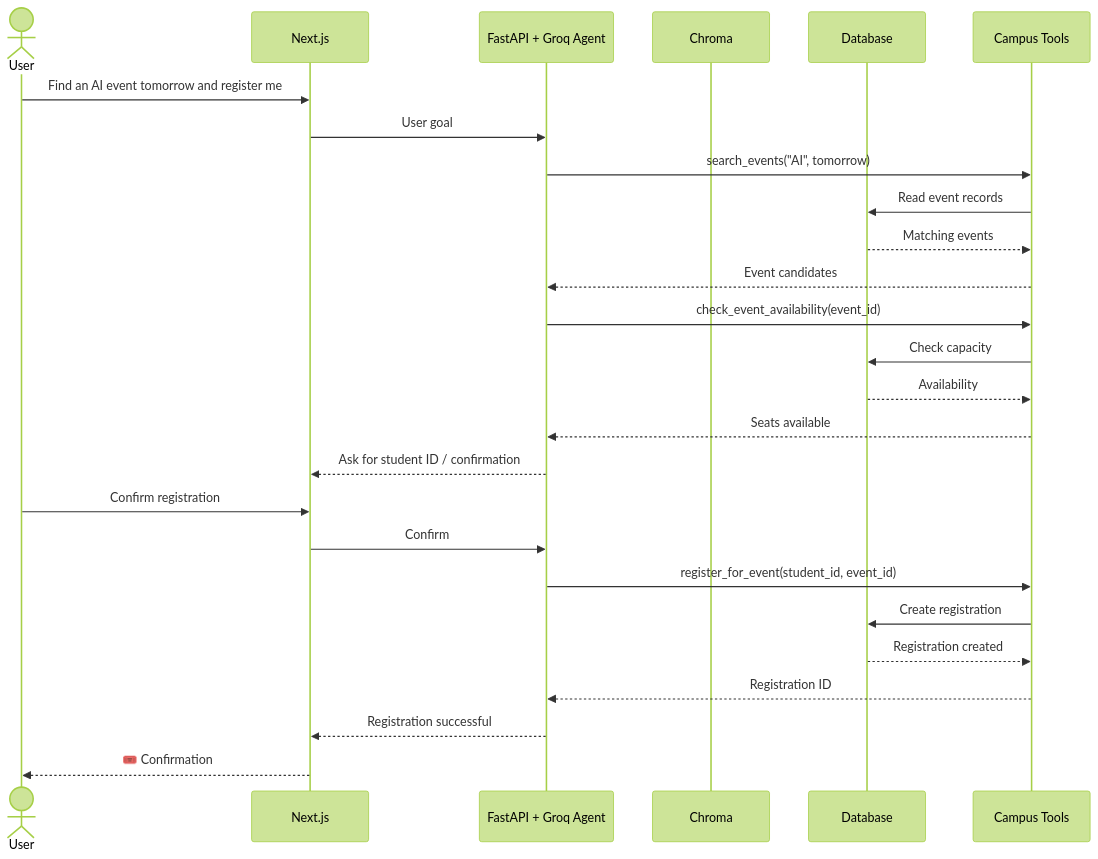
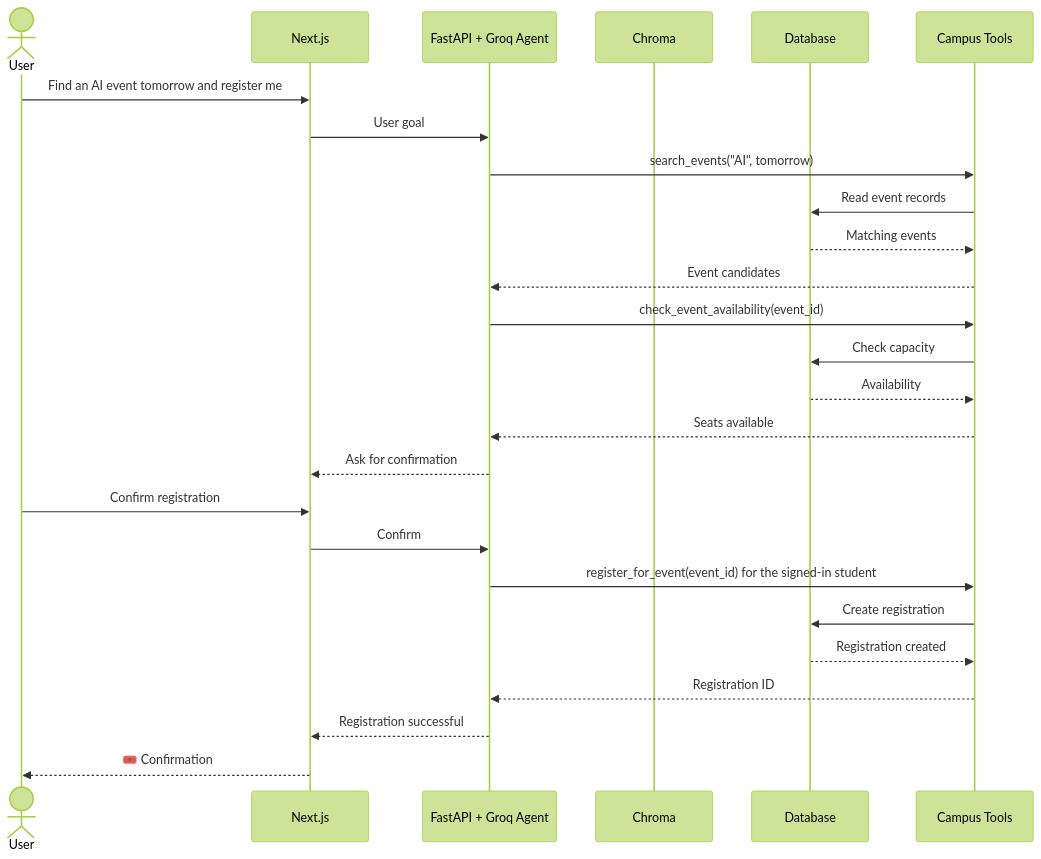
Before and after one commit to varunaditya27/campus-copilot: the second of 7 diagrams in README.md, drawn with Mermaid (forest theme). The commit also changed 43 other files, not shown here.

````diff
--- a/README.md
+++ b/README.md
@@ -80,29 +80,29 @@
 ```mermaid
 sequenceDiagram
     actor User
     participant UI as Next.js
     participant Agent as FastAPI + Groq Agent
     participant RAG as Chroma
     participant Data as Database
     participant Tool as Campus Tools
 
     User->>UI: Find an AI event tomorrow and register me
     UI->>Agent: User goal
     Agent->>Tool: search_events("AI", tomorrow)
     Tool->>Data: Read event records
     Data-->>Tool: Matching events
     Tool-->>Agent: Event candidates
     Agent->>Tool: check_event_availability(event_id)
     Tool->>Data: Check capacity
     Data-->>Tool: Availability
     Tool-->>Agent: Seats available
-    Agent-->>UI: Ask for student ID / confirmation
+    Agent-->>UI: Ask for confirmation
     User->>UI: Confirm registration
     UI->>Agent: Confirm
-    Agent->>Tool: register_for_event(student_id, event_id)
+    Agent->>Tool: register_for_event(event_id) for the signed-in student
     Tool->>Data: Create registration
     Data-->>Tool: Registration created
     Tool-->>Agent: Registration ID
     Agent-->>UI: Registration successful
     UI-->>User: 🎟️ Confirmation
 ```
````
